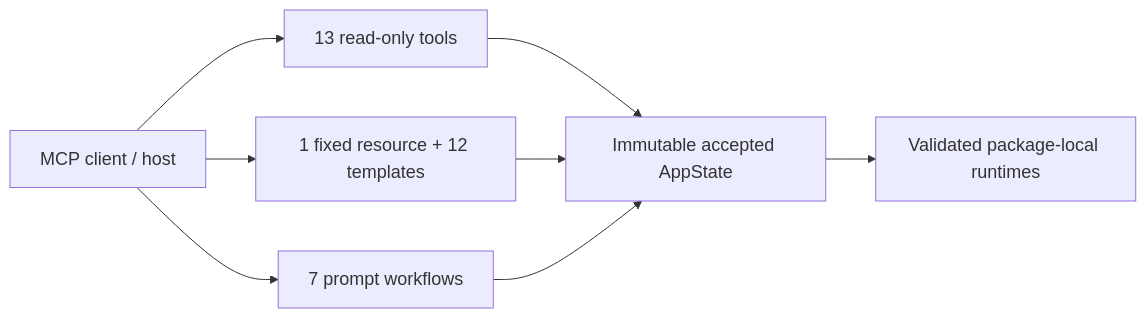
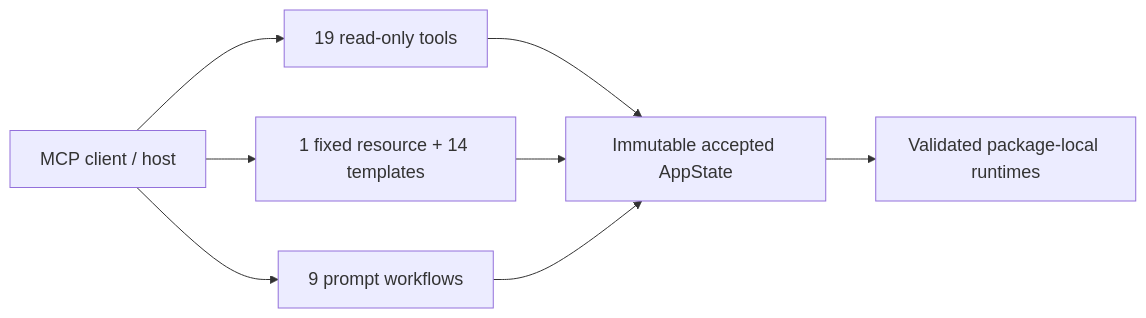
Before and after one commit to IDinsight/KGForEdGlobalMCP: the diagram in docs/reference/index.md, drawn with Mermaid. The commit also changed other lines of this file and 141 other files, not shown here.

````diff
--- a/docs/reference/index.md
+++ b/docs/reference/index.md
@@ -22,11 +22,11 @@
 ```mermaid
 %%{init: {"themeVariables": {"fontSize": "18px"}}}%%
 flowchart LR
-    CLIENT[MCP client / host] --> TOOLS[13 read-only tools]
-    CLIENT --> RES[1 fixed resource + 12 templates]
-    CLIENT --> PROMPTS[7 prompt workflows]
+    CLIENT[MCP client / host] --> TOOLS[19 read-only tools]
+    CLIENT --> RES[1 fixed resource + 14 templates]
+    CLIENT --> PROMPTS[9 prompt workflows]
     TOOLS --> STATE[Immutable accepted AppState]
     RES --> STATE
     PROMPTS --> STATE
     STATE --> PKG[Validated package-local runtimes]
 ```
````
